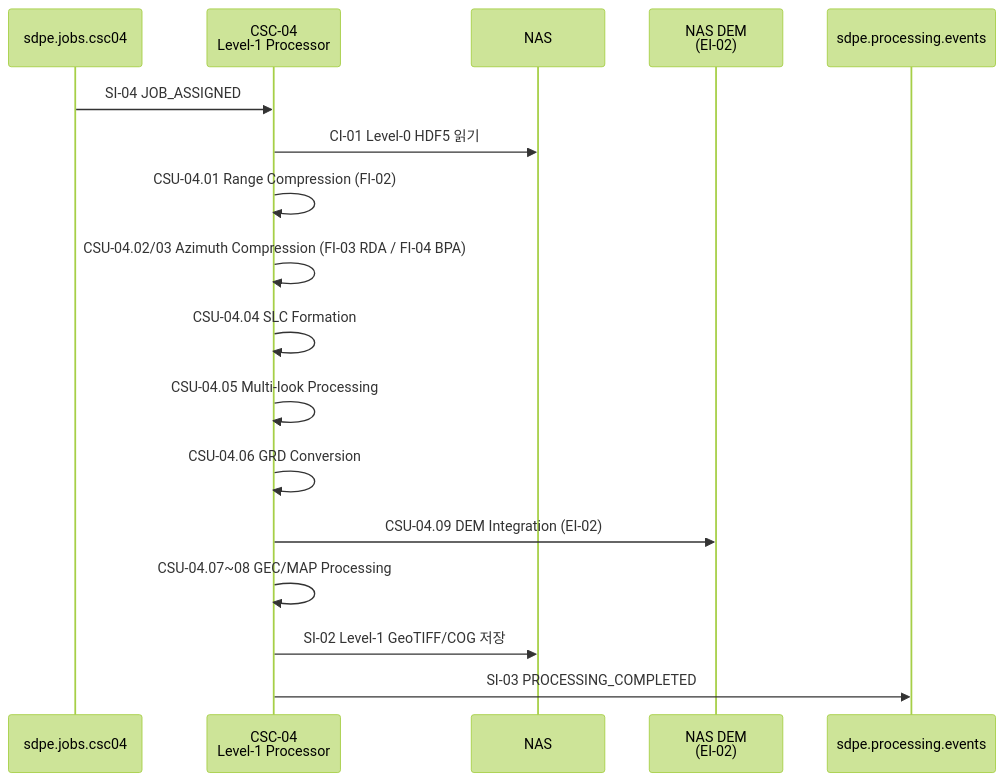
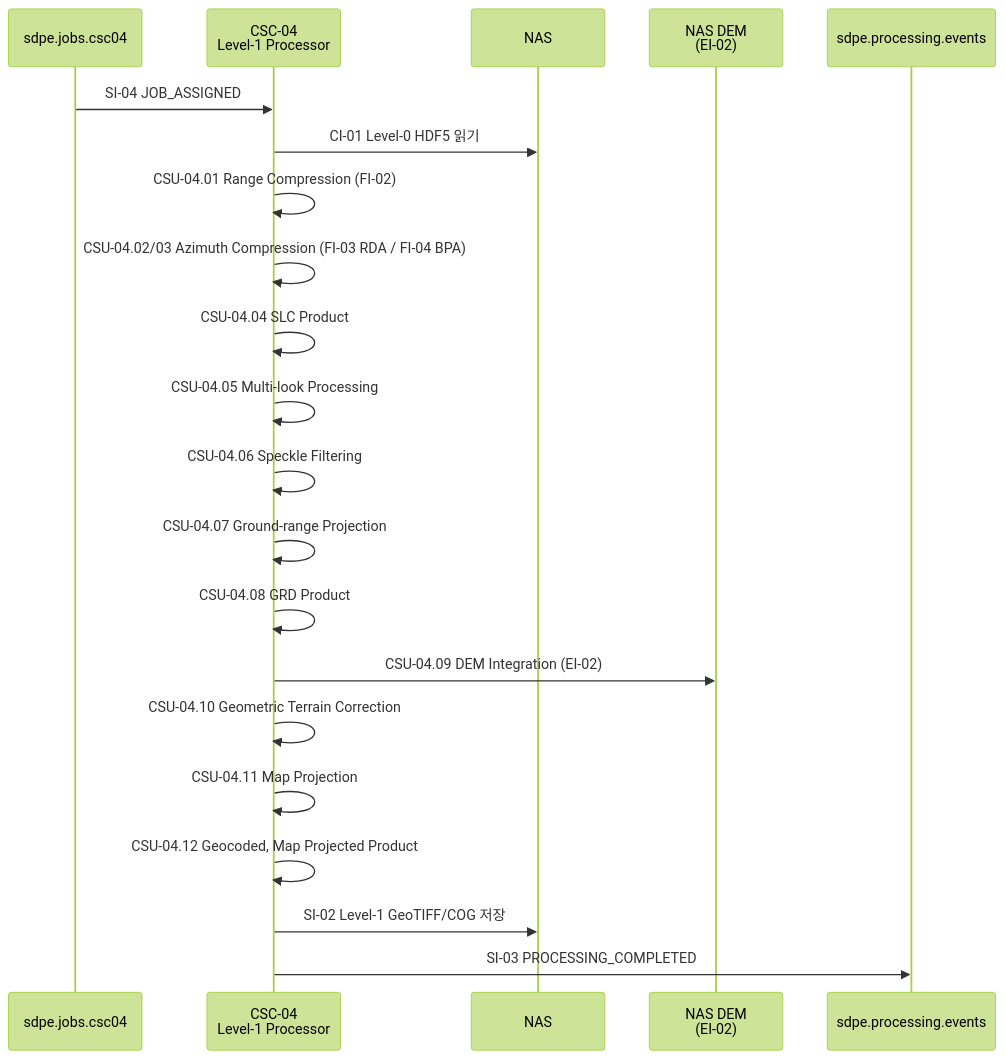
One commit to GTD-web/sar-data-process-element changed the diagram in interfaces/csc-4/README.md. Above: the diagram before and after it, drawn with Mermaid (forest theme). The commit also changed other lines of this file and 7 other files, not shown here.

First line of the commit message:
feat(csc-04): demo-speed CLI subset + Speckle Filter rename to CSU-04.06

````diff
--- a/interfaces/csc-4/README.md
+++ b/interfaces/csc-4/README.md
@@ -82,22 +82,26 @@
 ```mermaid
 sequenceDiagram
     participant Q_JOB as sdpe.jobs.csc04
     participant CSC04 as CSC-04<br/>Level-1 Processor
     participant NAS as NAS
     participant DEM as NAS DEM<br/>(EI-02)
     participant Q_PE as sdpe.processing.events
 
     Q_JOB->>CSC04: SI-04 JOB_ASSIGNED
     CSC04->>NAS: CI-01 Level-0 HDF5 읽기
 
     CSC04->>CSC04: CSU-04.01 Range Compression (FI-02)
     CSC04->>CSC04: CSU-04.02/03 Azimuth Compression (FI-03 RDA / FI-04 BPA)
-    CSC04->>CSC04: CSU-04.04 SLC Formation
+    CSC04->>CSC04: CSU-04.04 SLC Product
     CSC04->>CSC04: CSU-04.05 Multi-look Processing
-    CSC04->>CSC04: CSU-04.06 GRD Conversion
+    CSC04->>CSC04: CSU-04.06 Speckle Filtering
+    CSC04->>CSC04: CSU-04.07 Ground-range Projection
+    CSC04->>CSC04: CSU-04.08 GRD Product
     CSC04->>DEM: CSU-04.09 DEM Integration (EI-02)
-    CSC04->>CSC04: CSU-04.07~08 GEC/MAP Processing
+    CSC04->>CSC04: CSU-04.10 Geometric Terrain Correction
+    CSC04->>CSC04: CSU-04.11 Map Projection
+    CSC04->>CSC04: CSU-04.12 Geocoded, Map Projected Product
 
     CSC04->>NAS: SI-02 Level-1 GeoTIFF/COG 저장
     CSC04->>Q_PE: SI-03 PROCESSING_COMPLETED
 ```
````
